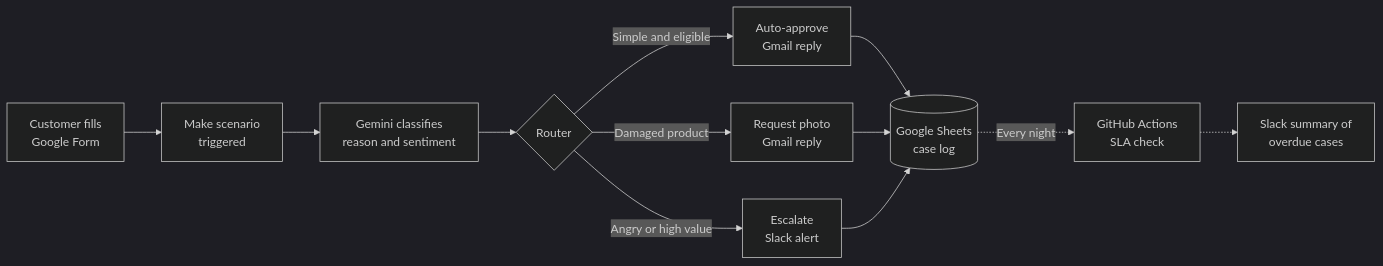
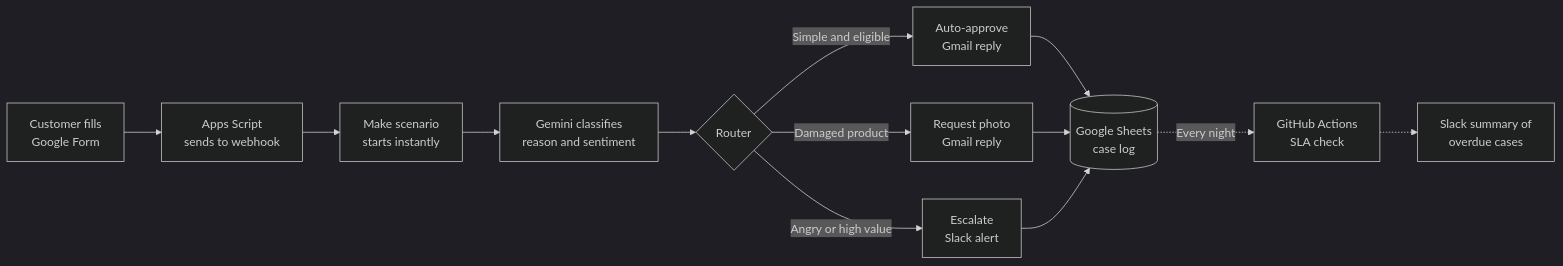
The diagram in README.md (ShadiShirinbeik/beauty-returns-triage-agent), drawn with Mermaid (dark theme) before and after one commit. The commit also changed other lines of this file and 6 other files, not shown here.

First line of the commit message:
Connect form to Make and add Gemini classification

````diff
--- a/README.md
+++ b/README.md
@@ -11,14 +11,15 @@
 ```mermaid
 flowchart LR
-    A[Customer fills<br>Google Form] --> B[Make scenario<br>triggered]
+    A[Customer fills<br>Google Form] --> W[Apps Script<br>sends to webhook]
+    W --> B[Make scenario<br>starts instantly]
     B --> C[Gemini classifies<br>reason and sentiment]
     C --> D{Router}
     D -->|Simple and eligible| E[Auto-approve<br>Gmail reply]
     D -->|Damaged product| F[Request photo<br>Gmail reply]
     D -->|Angry or high value| G[Escalate<br>Slack alert]
     E --> H[(Google Sheets<br>case log)]
     F --> H
     G --> H
     H -.->|Every night| I[GitHub Actions<br>SLA check]
     I -.-> J[Slack summary of<br>overdue cases]
 ```
````
